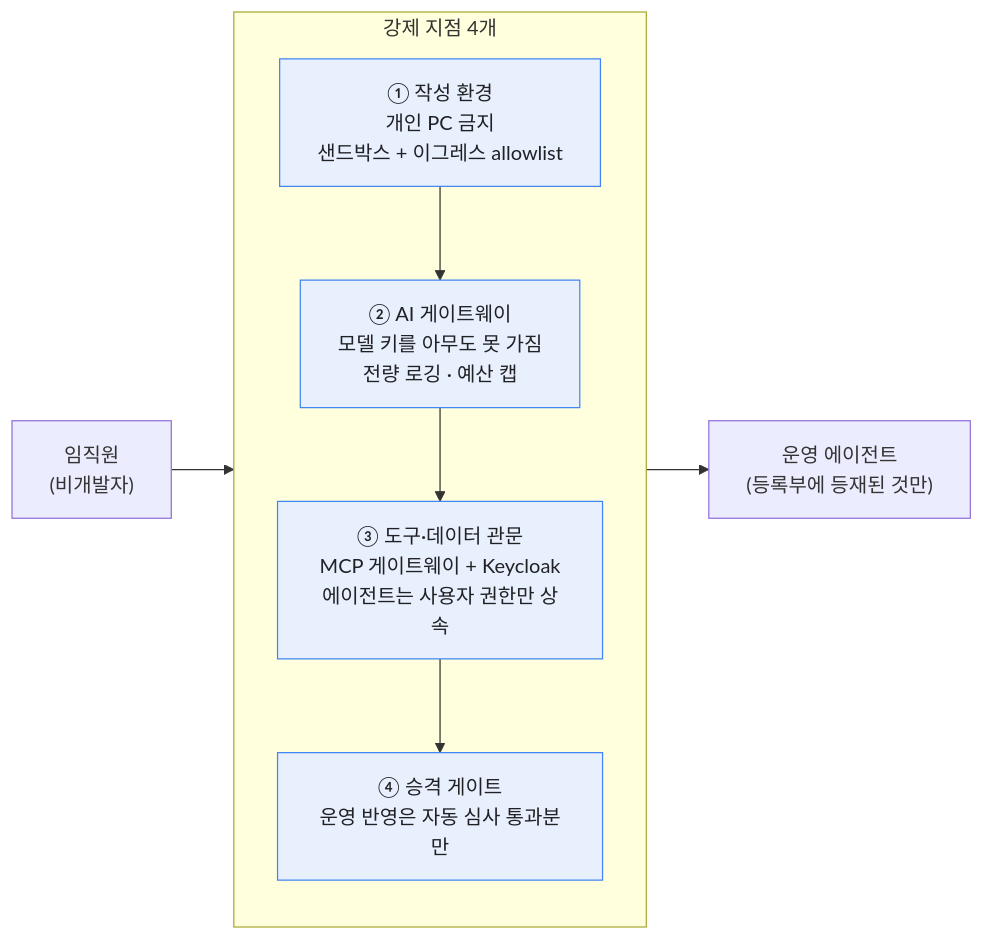
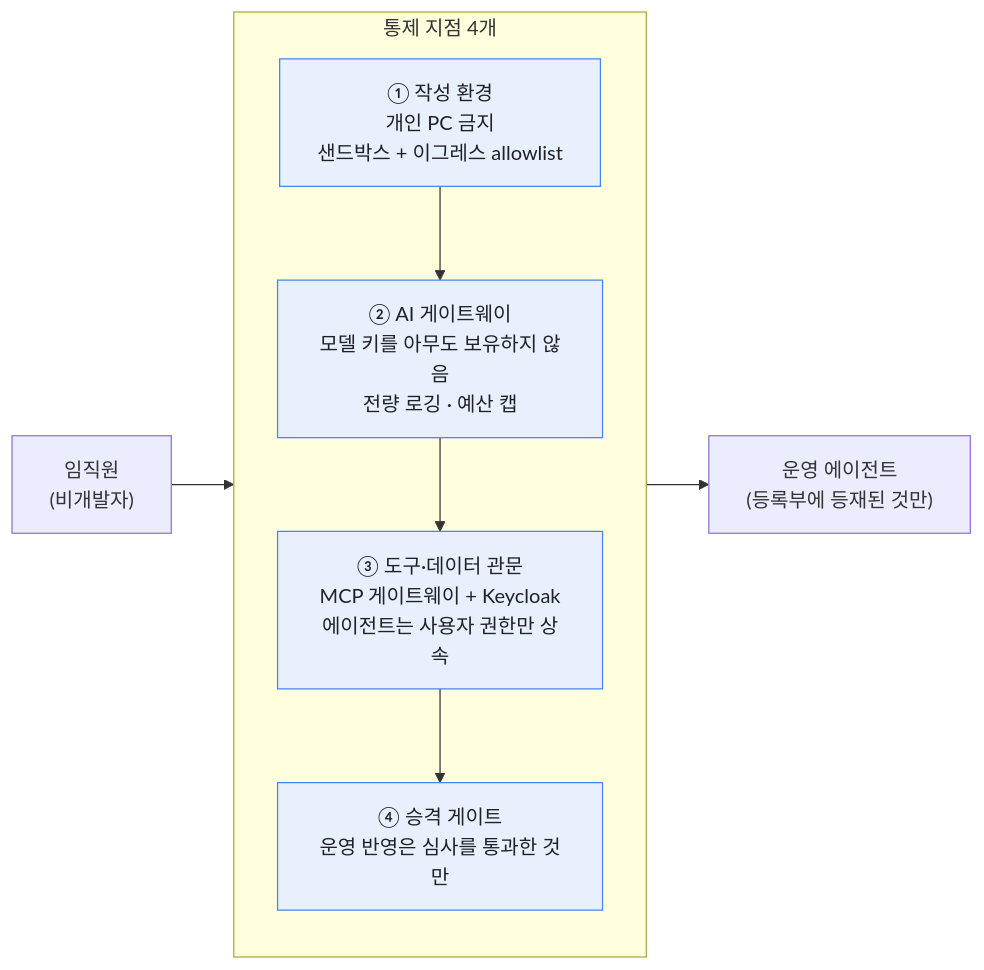
Before and after one commit to cyrano2011/pma-web: the first of 8 diagrams in agent-platform/README.md, drawn with Mermaid. The commit also changed other lines of this file and 9 other files, not shown here.

````diff
--- a/agent-platform/README.md
+++ b/agent-platform/README.md
@@ -34,20 +34,20 @@
 ```mermaid
 flowchart LR
     E["임직원<br/>(비개발자)"] --> C1
 
-    subgraph CP["강제 지점 4개"]
+    subgraph CP["통제 지점 4개"]
         direction TB
         C1["① 작성 환경<br/>개인 PC 금지<br/>샌드박스 + 이그레스 allowlist"]
-        C2["② AI 게이트웨이<br/>모델 키를 아무도 못 가짐<br/>전량 로깅 · 예산 캡"]
+        C2["② AI 게이트웨이<br/>모델 키를 아무도 보유하지 않음<br/>전량 로깅 · 예산 캡"]
         C3["③ 도구·데이터 관문<br/>MCP 게이트웨이 + Keycloak<br/>에이전트는 사용자 권한만 상속"]
-        C4["④ 승격 게이트<br/>운영 반영은 자동 심사 통과분만"]
+        C4["④ 승격 게이트<br/>운영 반영은 심사를 통과한 것만"]
     end
 
     C1 --> C2 --> C3 --> C4
     C4 --> P["운영 에이전트<br/>(등록부에 등재된 것만)"]
 
     style C1 fill:#e8f0fe,stroke:#4285f4,color:#202124
     style C2 fill:#e8f0fe,stroke:#4285f4,color:#202124
     style C3 fill:#e8f0fe,stroke:#4285f4,color:#202124
     style C4 fill:#e8f0fe,stroke:#4285f4,color:#202124
 ```
````
